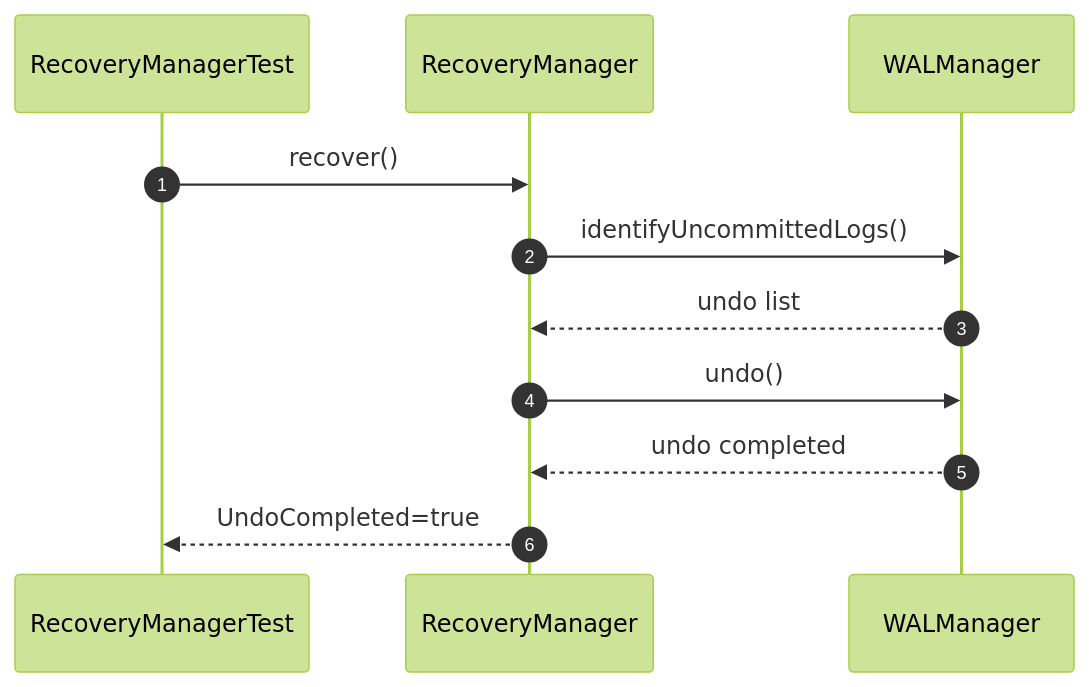
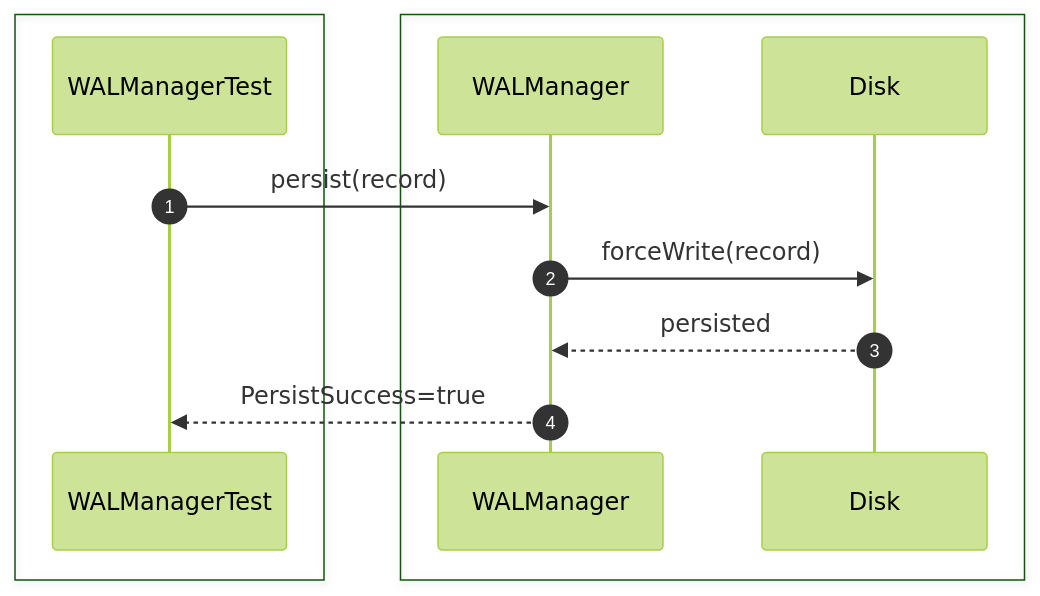
One commit to Huy1801214/dbms-architecture changed the ninth of 28 diagrams in src/sequence/recovery.md. Above: the diagram before and after it, drawn with Mermaid (forest theme). The commit also changed other lines of this file and 10 other files, not shown here.

Commit message:
add comprehensive sequence diagrams and documentation for system architecture and unit testing specifications

````diff
--- a/src/sequence/recovery.md
+++ b/src/sequence/recovery.md
@@ -112,19 +146,17 @@
 ```mermaid
 sequenceDiagram
     autonumber
-    participant Test as RecoveryManagerTest
-    participant Recovery as RecoveryManager
+
+    box #e1f5fe Test Suite
+    participant Test as WALManagerTest
+    end
+    box #ffebee Recovery Components
     participant WAL as WALManager
+    participant Disk as Disk
+    end
 
-    Test->>Recovery: recover()
-
-    Recovery->>WAL: identifyUncommittedLogs()
-
-    WAL-->>Recovery: undo list
-
-    Recovery->>WAL: undo()
-
-    WAL-->>Recovery: undo completed
-
-    Recovery-->>Test: UndoCompleted=true
+    Test->>WAL: persist(record)
+    WAL->>Disk: forceWrite(record)
+    Disk-->>WAL: persisted
+    WAL-->>Test: PersistSuccess=true
 ```
````
